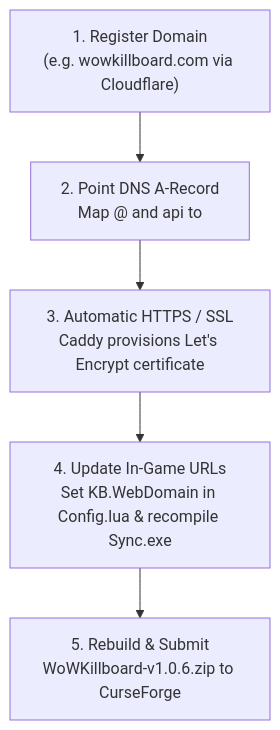
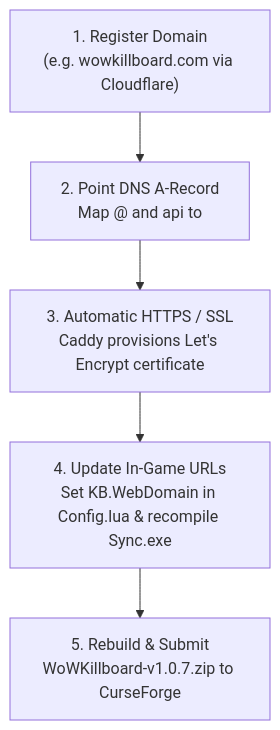
Before and after one commit to dagariane-commits/WoW_Killboard: the diagram in docs/PUBLIC_RELEASE_PLAYBOOK.md, drawn with Mermaid. The commit also changed other lines of this file and 17 other files, not shown here.

````diff
--- a/docs/PUBLIC_RELEASE_PLAYBOOK.md
+++ b/docs/PUBLIC_RELEASE_PLAYBOOK.md
@@ -11,7 +11,7 @@
 ```mermaid
 flowchart TD
     S1["1. Register Domain\n(e.g. wowkillboard.com via Cloudflare)"] --> S2["2. Point DNS A-Record\nMap @ and api to <YOUR_VPS_PUBLIC_IP>"]
     S2 --> S3["3. Automatic HTTPS / SSL\nCaddy provisions Let's Encrypt certificate"]
     S3 --> S4["4. Update In-Game URLs\nSet KB.WebDomain in Config.lua & recompile Sync.exe"]
-    S4 --> S5["5. Rebuild & Submit\nWoWKillboard-v1.0.6.zip to CurseForge"]
+    S4 --> S5["5. Rebuild & Submit\nWoWKillboard-v1.0.7.zip to CurseForge"]
 ```
````
